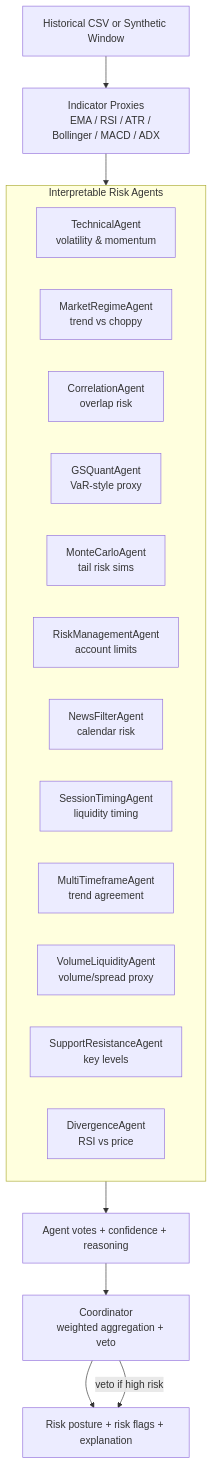
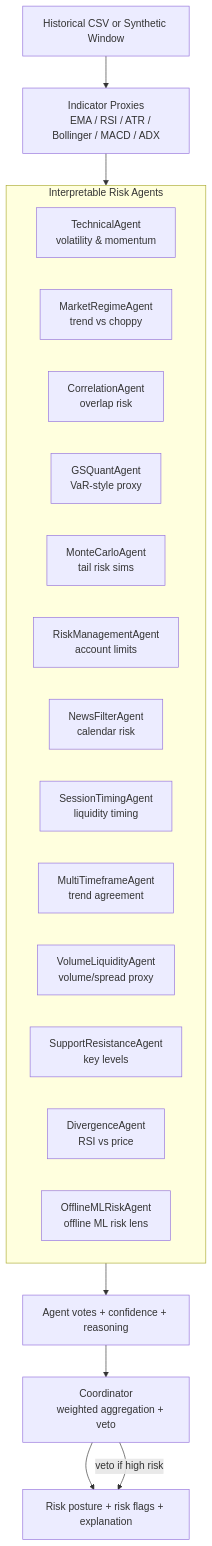
The diagram in explainability.md (LVXCAS/ATLAS-Presidential-AI-Challenge), drawn with Mermaid before and after one commit. The commit also changed 13 other files, not shown here.

Commit message:
feat: add deterministic offline ML risk lens

````diff
--- a/explainability.md
+++ b/explainability.md
@@ -8,40 +8,42 @@
 ```mermaid
 flowchart TD
     A[Historical CSV or Synthetic Window] --> B[Indicator Proxies
     EMA / RSI / ATR / Bollinger / MACD / ADX]
 
     subgraph Agents[Interpretable Risk Agents]
       C1[TechnicalAgent
       volatility & momentum]
       C2[MarketRegimeAgent
       trend vs choppy]
       C3[CorrelationAgent
       overlap risk]
       C4[GSQuantAgent
       VaR-style proxy]
       C5[MonteCarloAgent
       tail risk sims]
       C6[RiskManagementAgent
       account limits]
       C7[NewsFilterAgent
       calendar risk]
       C8[SessionTimingAgent
       liquidity timing]
       C9[MultiTimeframeAgent
       trend agreement]
       C10[VolumeLiquidityAgent
       volume/spread proxy]
       C11[SupportResistanceAgent
       key levels]
       C12[DivergenceAgent
       RSI vs price]
+      C13[OfflineMLRiskAgent
+      offline ML risk lens]
     end
 
     B --> Agents
     Agents --> D[Agent votes + confidence + reasoning]
     D --> E[Coordinator
     weighted aggregation + veto]
     E --> F[Risk posture + risk flags + explanation]
 
     E -->|veto if high risk| F
 ```
````
